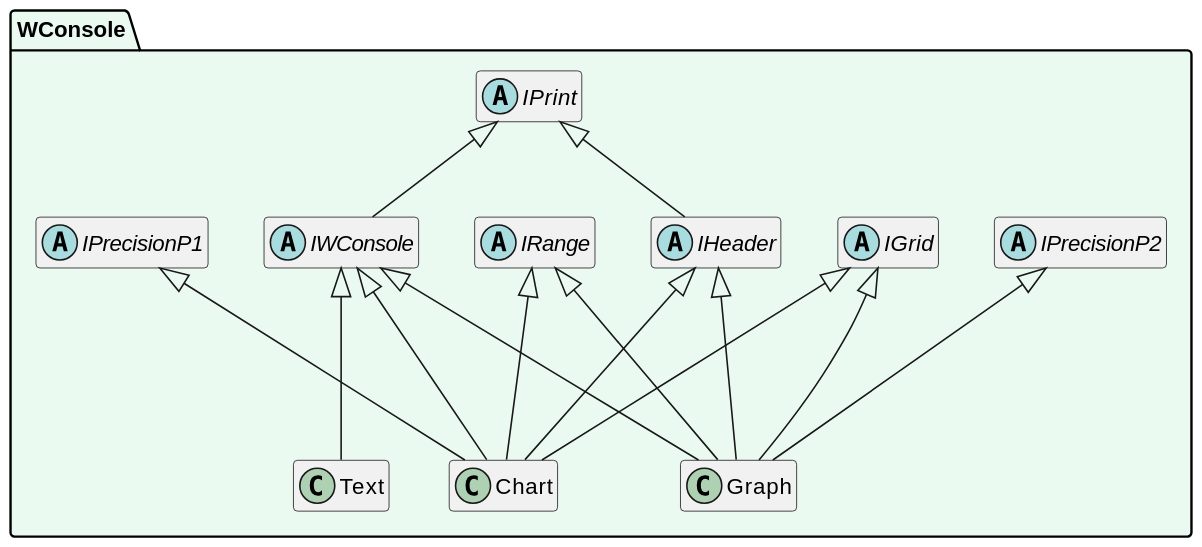
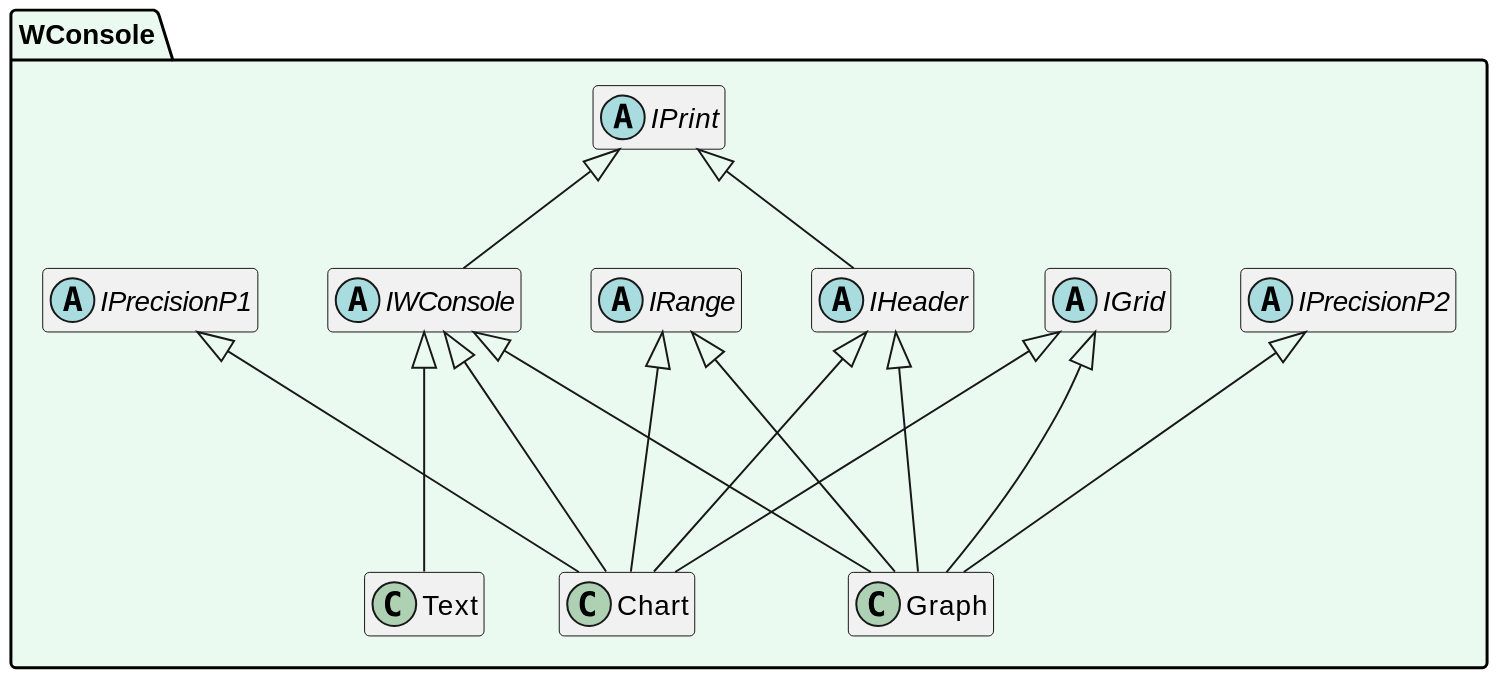
One commit to SergioStopkin/WideConsole changed the diagram in doc/UMLClass.md. Above: the diagram before and after it, drawn with PlantUML.

Commit message:
Test some styles

````diff
--- a/doc/UMLClass.md
+++ b/doc/UMLClass.md
@@ -1,41 +1,41 @@
 ```plantuml
 @startuml
 
-scale 1200 width
+scale 1500 width
 
 hide empty members
 
 namespace WConsole #EAFAF1 {
 
 abstract class IGrid
 abstract class IHeader
 abstract class IPrecisionP1
 abstract class IPrecisionP2
 abstract class IPrint
 abstract class IRange
 abstract class IWConsole
 class Chart
 class Graph
 class Text
 
 IPrint <|-- IHeader
 IPrint <|-- IWConsole
 
 IWConsole    <|--- Chart
 IHeader      <|--- Chart
 IPrecisionP1 <|---  Chart
 IRange       <|---  Chart
 IGrid        <|---  Chart
 
 IWConsole    <|--- Graph
 IHeader      <|--- Graph
 IPrecisionP2 <|---  Graph
 IRange       <|---  Graph
 IGrid        <|---  Graph
 
 IWConsole <|--- Text
 
 }
 
 @enduml
 ```
````
